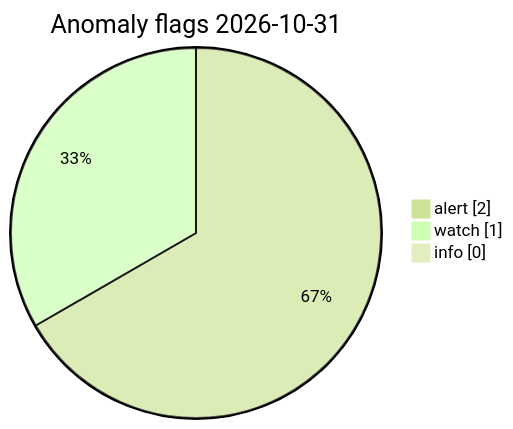
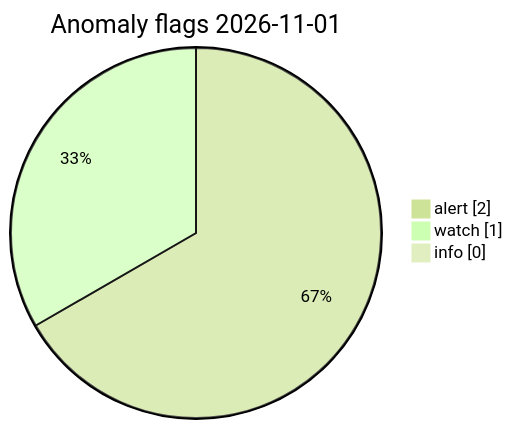
Before and after one commit to Midwest-Stratospheric/Unified-Open-Global-Weather: the diagram in visuals/latest/CHARTS.md, drawn with Mermaid (forest theme). The commit also changed other lines of this file and 23 other files, not shown here.

Commit message:
data(visuals): automated charts 2026-11-01T11:37Z

````diff
--- a/visuals/latest/CHARTS.md
+++ b/visuals/latest/CHARTS.md
@@ -73,7 +73,7 @@
 ```mermaid
 pie showData
-  title Anomaly flags 2026-10-31
+  title Anomaly flags 2026-11-01
   "alert" : 2
   "watch" : 1
   "info" : 0
 ```
````
